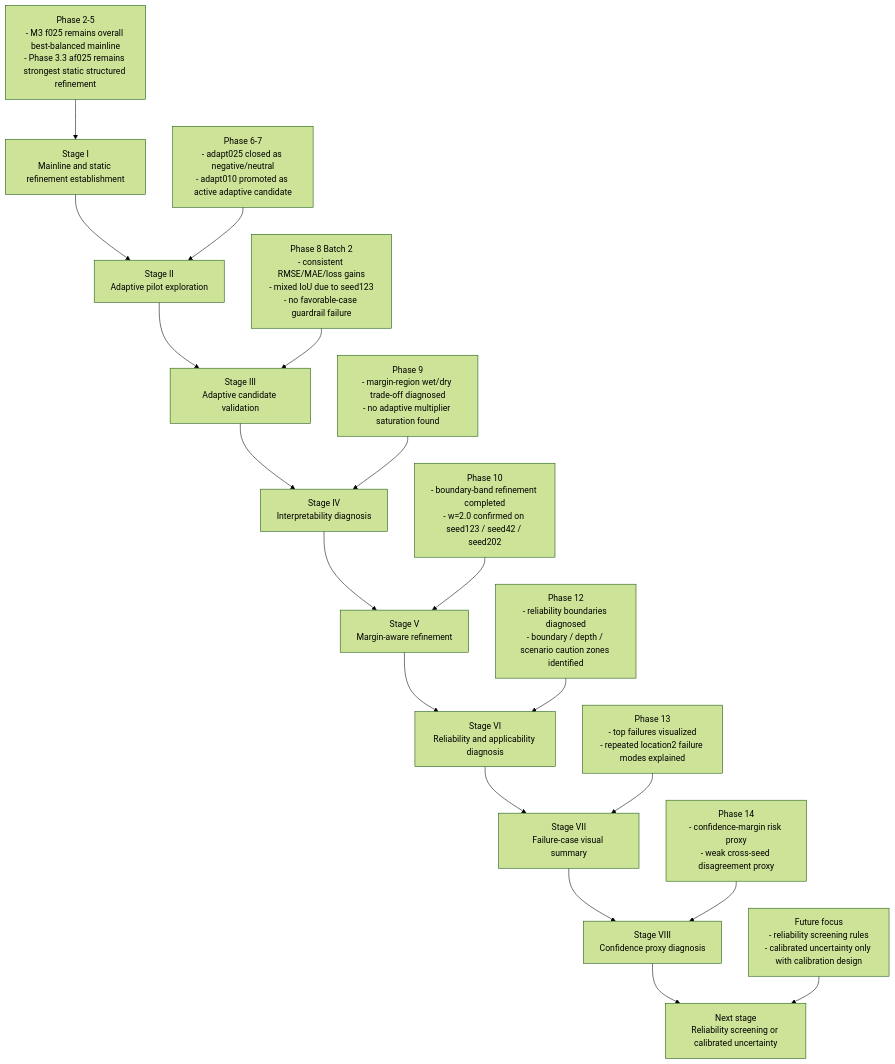
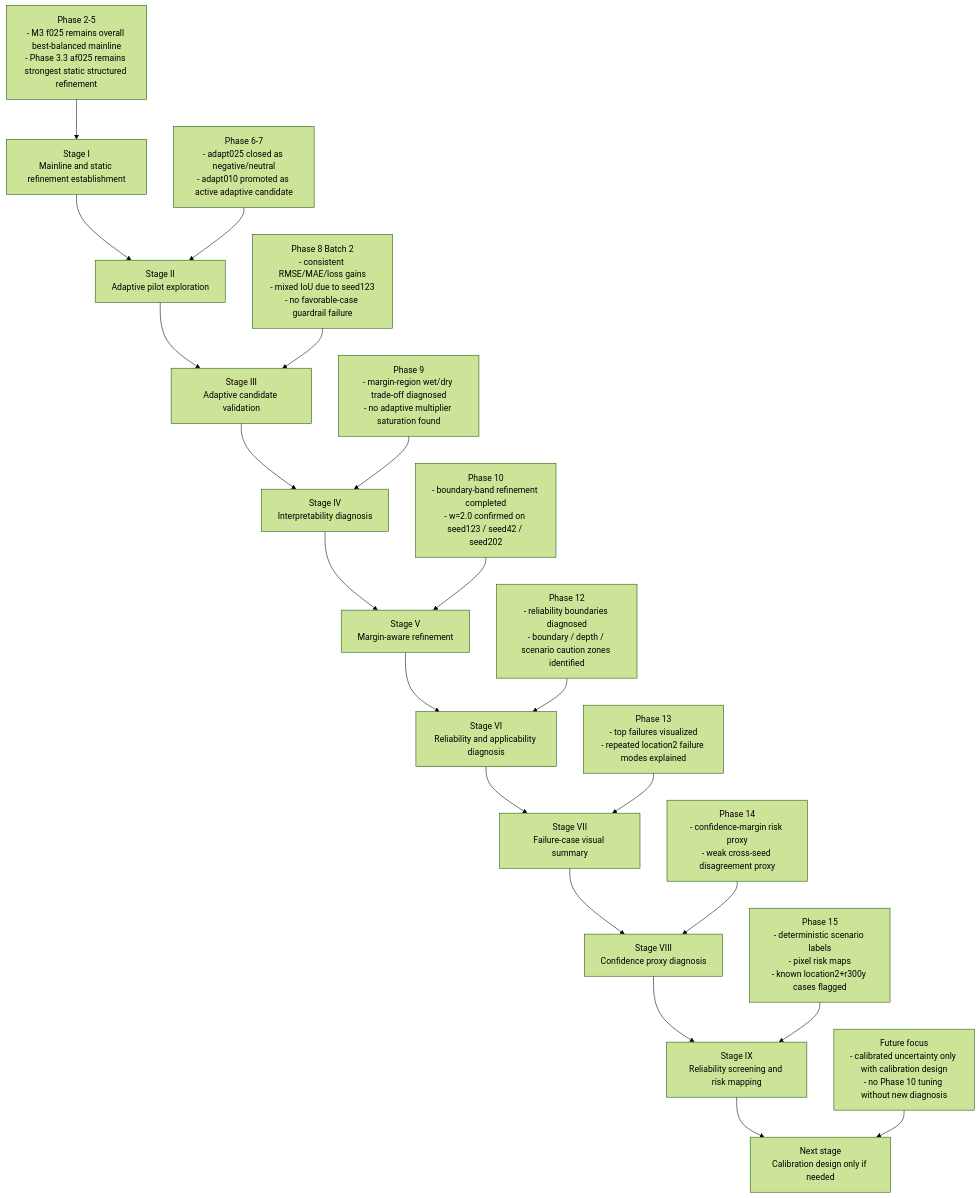
Before and after one commit to HolyLin990604/physics-guided-urban-flood-prediction: the third of 3 diagrams in README.md, drawn with Mermaid (forest theme). The commit also changed other lines of this file and 2 other files, not shown here.

Commit message:
docs: sync phase15 reliability screening status

````diff
--- a/README.md
+++ b/README.md
@@ -231,21 +255,23 @@
 ```mermaid
 flowchart TD
     A[Stage I<br/>Mainline and static refinement establishment] --> B[Stage II<br/>Adaptive pilot exploration]
     B --> C[Stage III<br/>Adaptive candidate validation]
     C --> D[Stage IV<br/>Interpretability diagnosis]
     D --> E[Stage V<br/>Margin-aware refinement]
     E --> F[Stage VI<br/>Reliability and applicability diagnosis]
     F --> G[Stage VII<br/>Failure-case visual summary]
     G --> H[Stage VIII<br/>Confidence proxy diagnosis]
-    H --> I[Next stage<br/>Reliability screening or calibrated uncertainty]
+    H --> I[Stage IX<br/>Reliability screening and risk mapping]
+    I --> J[Next stage<br/>Calibration design only if needed]
 
     A1[Phase 2-5<br/>- M3 f025 remains overall best-balanced mainline<br/>- Phase 3.3 af025 remains strongest static structured refinement] --> A
     B1[Phase 6-7<br/>- adapt025 closed as negative/neutral<br/>- adapt010 promoted as active adaptive candidate] --> B
     C1[Phase 8 Batch 2<br/>- consistent RMSE/MAE/loss gains<br/>- mixed IoU due to seed123<br/>- no favorable-case guardrail failure] --> C
     D1[Phase 9<br/>- margin-region wet/dry trade-off diagnosed<br/>- no adaptive multiplier saturation found] --> D
     E1[Phase 10<br/>- boundary-band refinement completed<br/>- w=2.0 confirmed on seed123 / seed42 / seed202] --> E
     F1[Phase 12<br/>- reliability boundaries diagnosed<br/>- boundary / depth / scenario caution zones identified] --> F
     G1[Phase 13<br/>- top failures visualized<br/>- repeated location2 failure modes explained] --> G
     H1[Phase 14<br/>- confidence-margin risk proxy<br/>- weak cross-seed disagreement proxy] --> H
-    I1[Future focus<br/>- reliability screening rules<br/>- calibrated uncertainty only with calibration design] --> I
+    I1[Phase 15<br/>- deterministic scenario labels<br/>- pixel risk maps<br/>- known location2+r300y cases flagged] --> I
+    J1[Future focus<br/>- calibrated uncertainty only with calibration design<br/>- no Phase 10 tuning without new diagnosis] --> J
 ```
````
